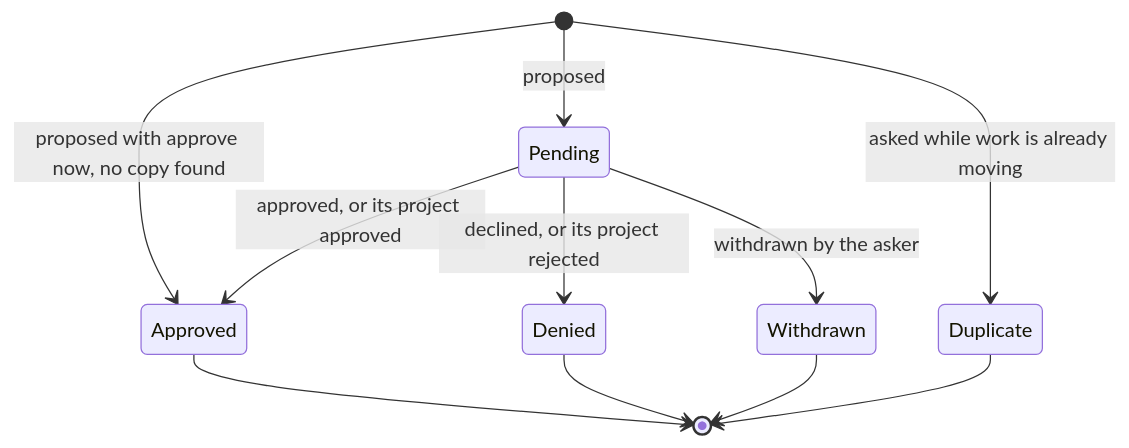
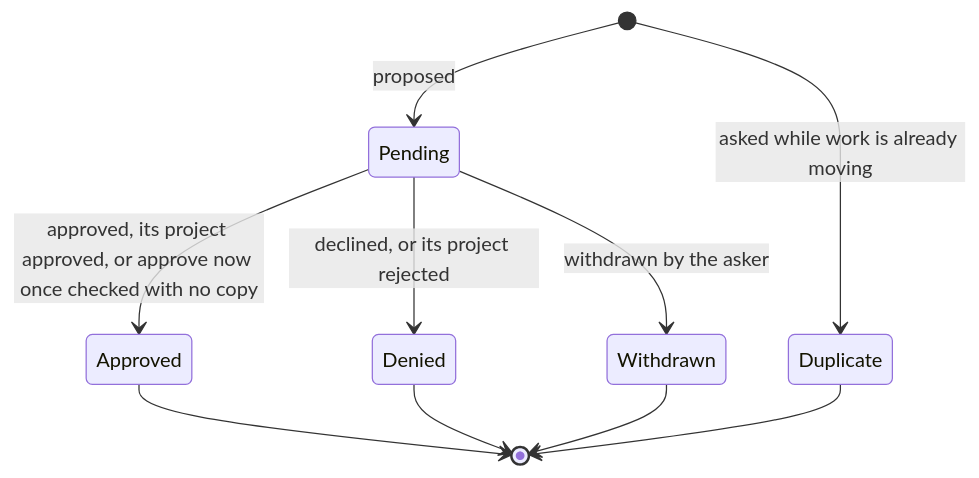
One commit to moravianlibrary/vera changed the diagram in docs/reference/lifecycles/request.md. Above: the diagram before and after it, drawn with Mermaid. The commit also changed other lines of this file and 5 other files, not shown here.

````diff
--- a/docs/reference/lifecycles/request.md
+++ b/docs/reference/lifecycles/request.md
@@ -5,13 +5,12 @@
 ```mermaid
 stateDiagram-v2
   [*] --> Pending: proposed
-  [*] --> Approved: proposed with approve now, no copy found
   [*] --> Duplicate: asked while work is already moving
-  Pending --> Approved: approved, or its project approved
+  Pending --> Approved: approved, its project approved, or approve now once checked with no copy
   Pending --> Denied: declined, or its project rejected
   Pending --> Withdrawn: withdrawn by the asker
   Approved --> [*]
   Denied --> [*]
   Withdrawn --> [*]
   Duplicate --> [*]
 ```
````
